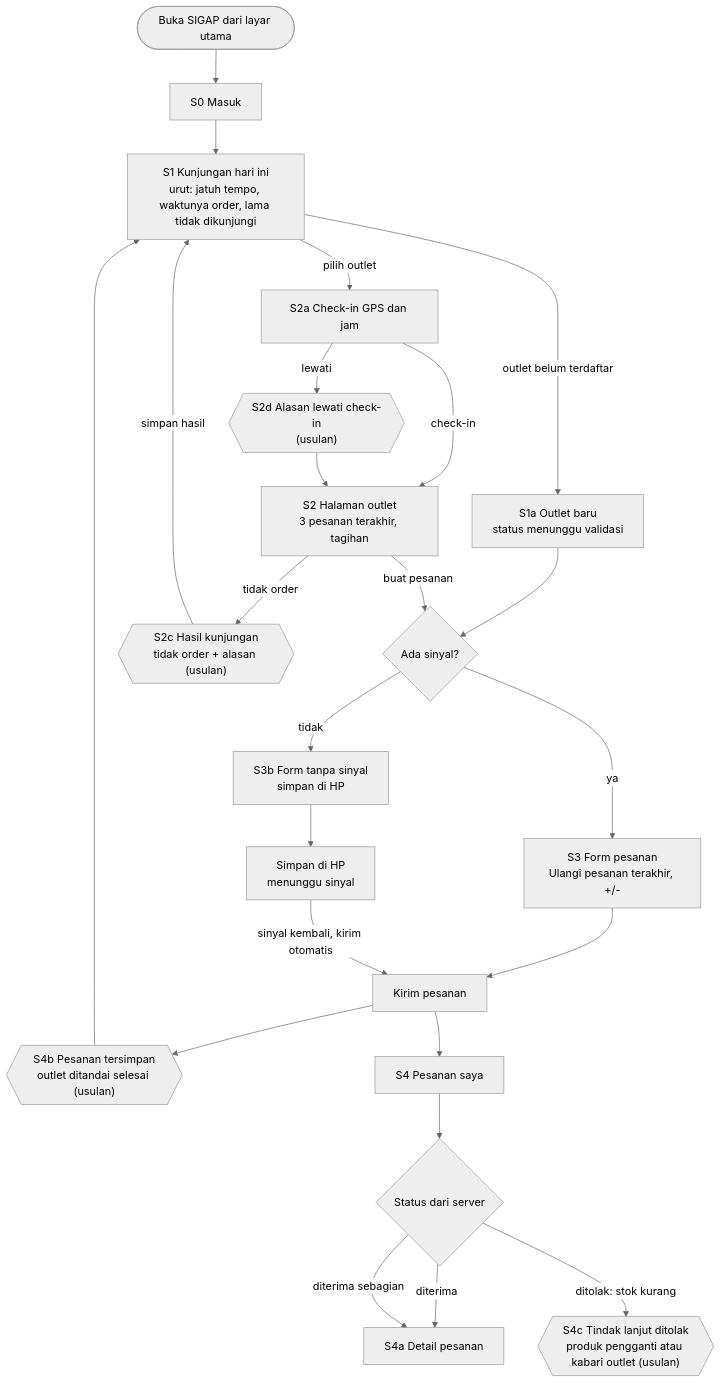
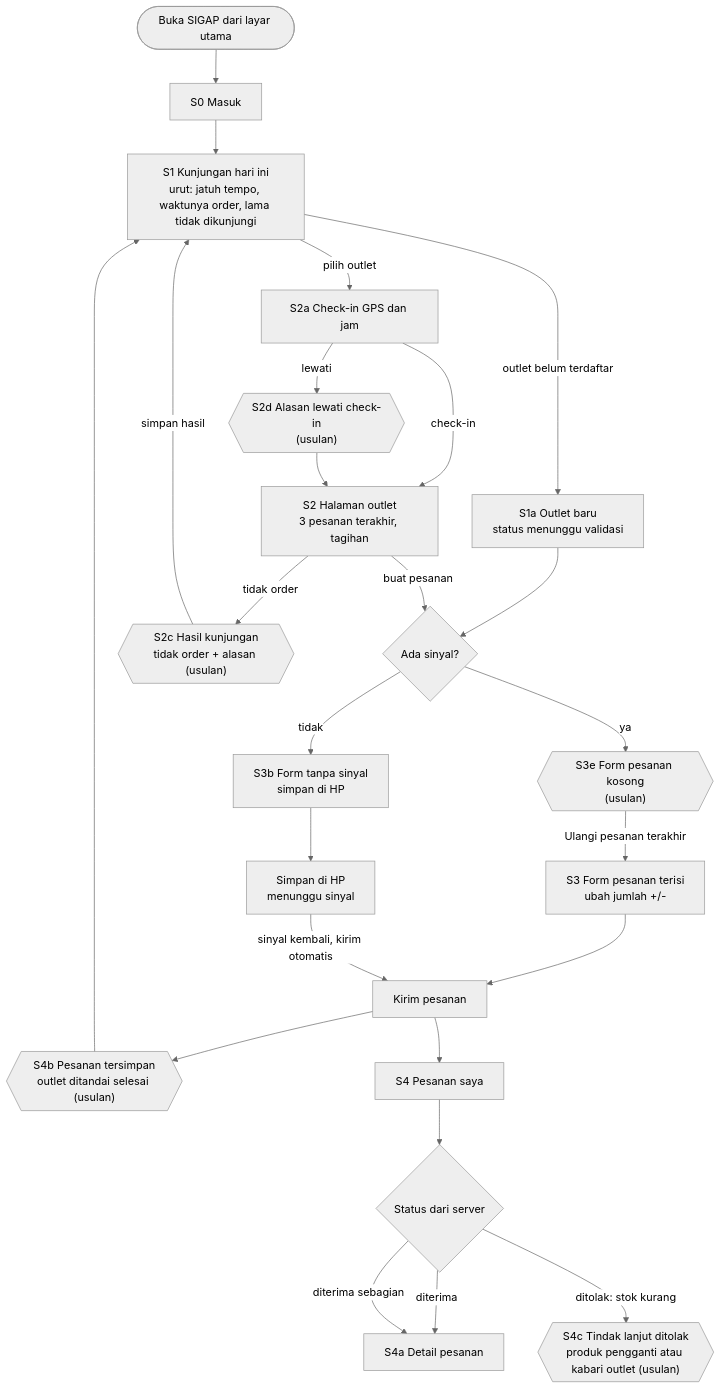
Before and after one commit to glayOne23/drpps_hackathon_2026: the first of 5 diagrams in proyek/arb-02/user-flow.md, drawn with Mermaid (neutral theme). The commit also changed other lines of this file and 1 other file, not shown here.

Commit message:
[feature] pembaruan flow

````diff
--- a/proyek/arb-02/user-flow.md
+++ b/proyek/arb-02/user-flow.md
@@ -9,25 +9,26 @@
 ```mermaid
 flowchart TD
     A([Buka SIGAP dari layar utama]) --> B[S0 Masuk]
     B --> C[S1 Kunjungan hari ini<br/>urut: jatuh tempo, waktunya order, lama tidak dikunjungi]
     C -->|pilih outlet| D[S2a Check-in GPS dan jam]
     C -->|outlet belum terdaftar| N[S1a Outlet baru<br/>status menunggu validasi]
     N --> F
     D -->|check-in| E[S2 Halaman outlet<br/>3 pesanan terakhir, tagihan]
     D -->|lewati| D2{{"S2d Alasan lewati check-in<br/>(usulan)"}}
     D2 --> E
     E -->|buat pesanan| F{Ada sinyal?}
     E -->|tidak order| H{{"S2c Hasil kunjungan<br/>tidak order + alasan (usulan)"}}
-    F -->|ya| G[S3 Form pesanan<br/>Ulangi pesanan terakhir, +/-]
+    F -->|ya| G0{{"S3e Form pesanan kosong<br/>(usulan)"}}
+    G0 -->|Ulangi pesanan terakhir| G[S3 Form pesanan terisi<br/>ubah jumlah +/-]
     F -->|tidak| G2[S3b Form tanpa sinyal<br/>simpan di HP]
     G --> K[Kirim pesanan]
     G2 --> K2[Simpan di HP<br/>menunggu sinyal] -->|sinyal kembali, kirim otomatis| K
     K --> L{{"S4b Pesanan tersimpan<br/>outlet ditandai selesai (usulan)"}}
     H -->|simpan hasil| C
     L --> C
     K --> M[S4 Pesanan saya]
     M --> M1{Status dari server}
     M1 -->|diterima| M2[S4a Detail pesanan]
     M1 -->|diterima sebagian| M2
     M1 -->|ditolak: stok kurang| M3{{"S4c Tindak lanjut ditolak<br/>produk pengganti atau kabari outlet (usulan)"}}
 ```
````
